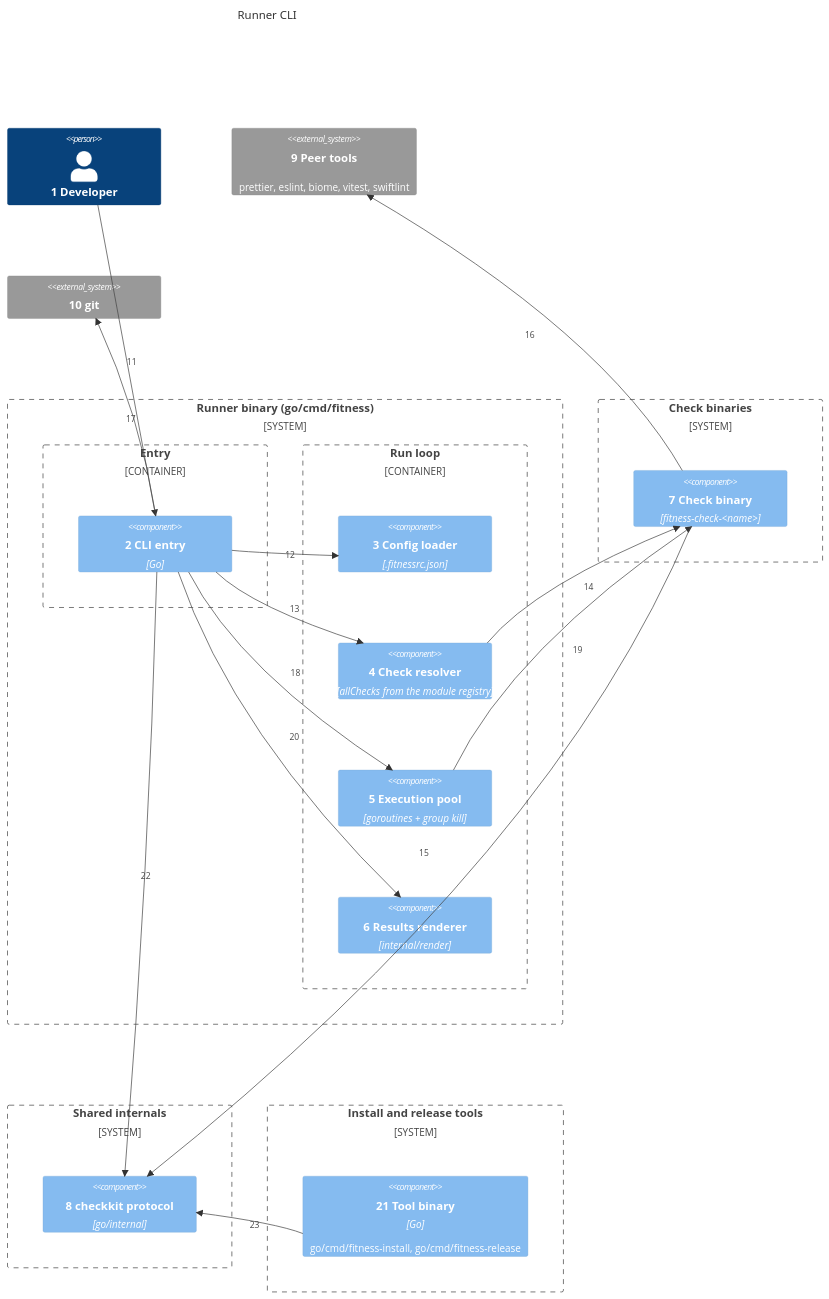
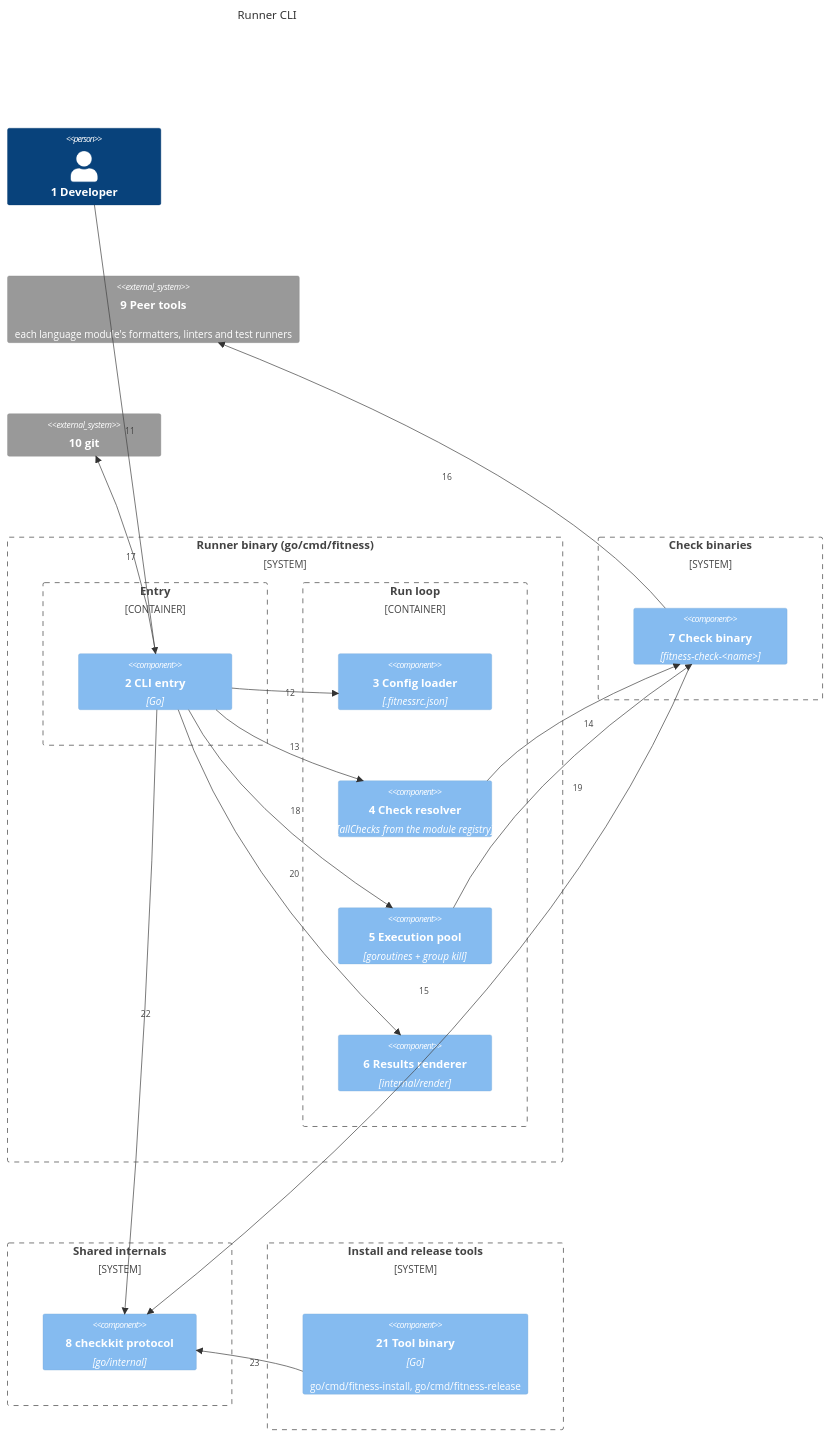
One commit to may-journal/fitness-runner changed the first of 2 diagrams in docs/architecture/03-components.md. Above: the diagram before and after it, drawn with Mermaid. The commit also changed other lines of this file and 66 other files, not shown here.

First line of the commit message:
refactor(swift): move the Swift code into its language module

````diff
--- a/docs/architecture/03-components.md
+++ b/docs/architecture/03-components.md
@@ -8,46 +8,46 @@
 ```mermaid
 C4Component
     title Runner CLI
 
     Person(developer, "1 Developer")
 
     System_Boundary(cli, "Runner binary (go/cmd/fitness)") {
         Container_Boundary(entry, "Entry") {
             Component(main, "2 CLI entry", "Go")
         }
         Container_Boundary(runner, "Run loop") {
             Component(config, "3 Config loader", ".fitnessrc.json")
             Component(resolve, "4 Check resolver", "allChecks from the module registry")
             Component(execute, "5 Execution pool", "goroutines + group kill")
             Component(output, "6 Results renderer", "internal/render")
         }
     }
 
     System_Boundary(checks, "Check binaries") {
         Component(check, "7 Check binary", "fitness-check-<name>")
     }
 
     System_Boundary(shared, "Shared internals") {
         Component(kit, "8 checkkit protocol", "go/internal")
     }
 
     System_Boundary(tools, "Install and release tools") {
         Component(tool, "21 Tool binary", "Go", "go/cmd/fitness-install, go/cmd/fitness-release")
     }
 
-    System_Ext(peers, "9 Peer tools", "prettier, eslint, biome, vitest, swiftlint")
+    System_Ext(peers, "9 Peer tools", "each language module's formatters, linters and test runners")
     System_Ext(git, "10 git")
 
     Rel(developer, main, "11")
     Rel(main, config, "12")
     Rel(main, resolve, "13")
     Rel(resolve, check, "14")
     Rel(main, git, "17")
     Rel(main, execute, "18")
     Rel(execute, check, "19")
     Rel(main, output, "20")
     Rel(check, kit, "15")
     Rel(check, peers, "16")
     Rel(main, kit, "22")
     Rel(tool, kit, "23")
 ```
````
